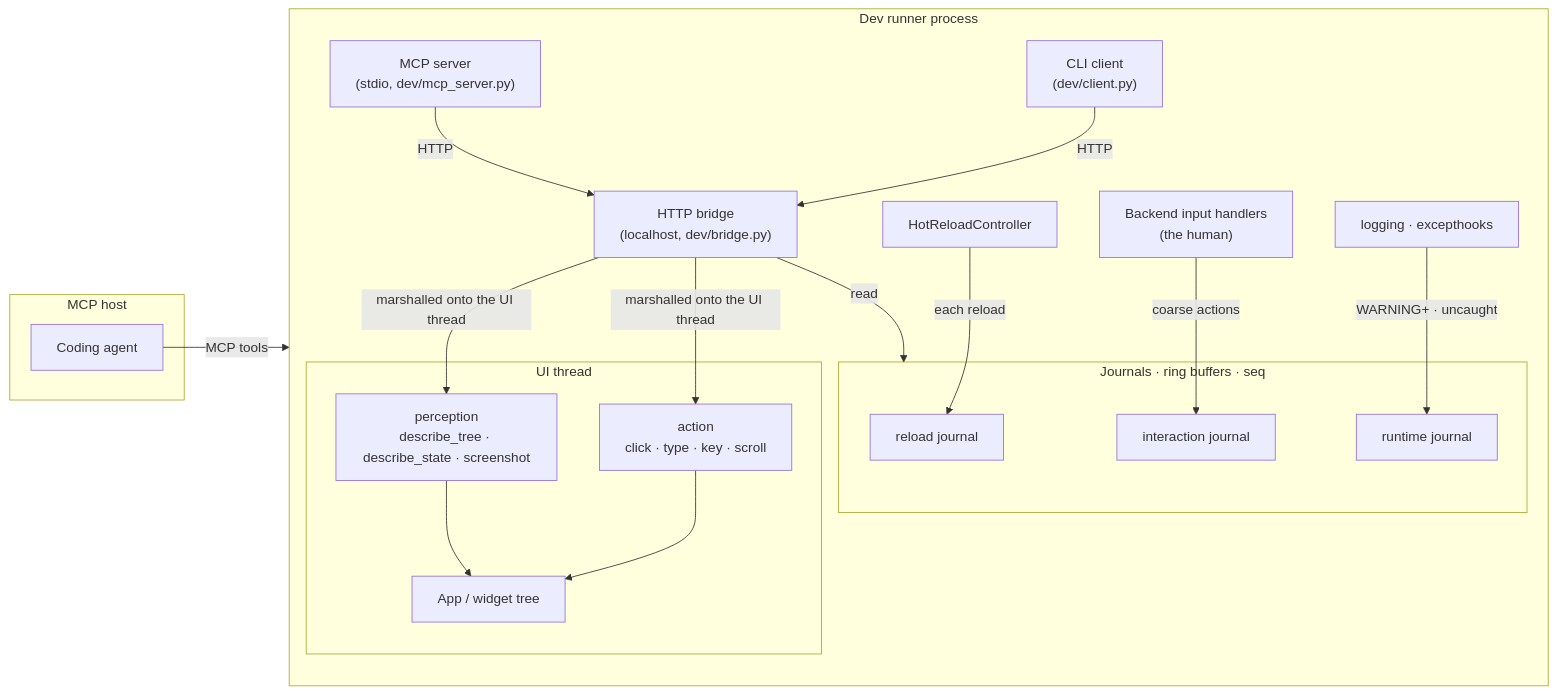
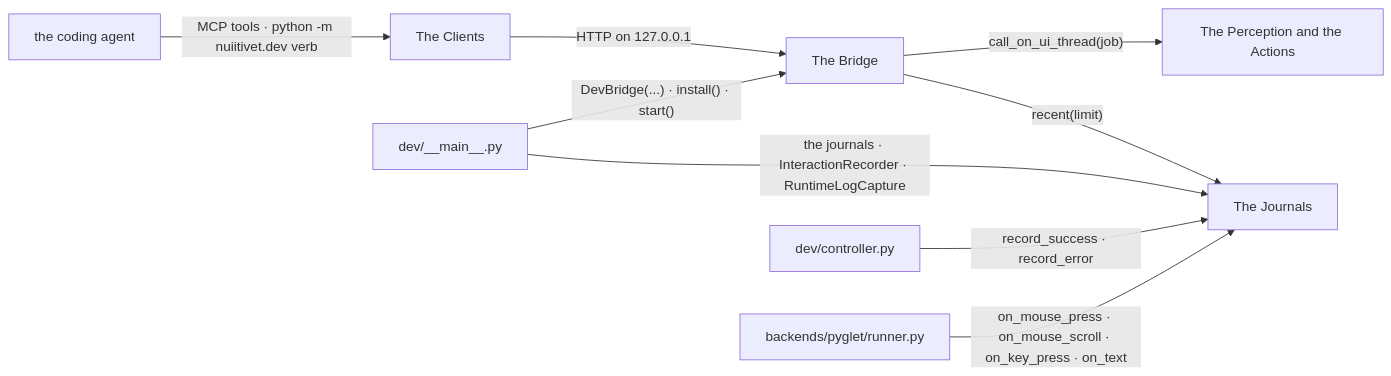
One commit to yuksblog/nuiitivet changed the first of 7 diagrams in docs/design/DEV_BRIDGE.md. Above: the diagram before and after it, drawn with Mermaid. The commit also changed other lines of this file and 35 other files, not shown here.

````diff
--- a/docs/design/DEV_BRIDGE.md
+++ b/docs/design/DEV_BRIDGE.md
@@ -15,36 +14,20 @@
 ```mermaid
 flowchart LR
-    subgraph host[MCP host]
-        agent[Coding agent]
-    end
-    subgraph devproc[Dev runner process]
-        direction TB
-        mcp["MCP server<br/>(stdio, dev/mcp_server.py)"]
-        cli["CLI client<br/>(dev/client.py)"]
-        bridge["HTTP bridge<br/>(localhost, dev/bridge.py)"]
-        subgraph ui[UI thread]
-            app[App / widget tree]
-            perception["perception<br/>describe_tree · describe_state · screenshot"]
-            action["action<br/>click · type · key · scroll"]
-        end
-        subgraph journals[Journals · ring buffers · seq]
-            rj[reload journal]
-            ij[interaction journal]
-            rtj[runtime journal]
-        end
-        controller["HotReloadController"]
-        input["Backend input handlers<br/>(the human)"]
-        logs["logging · excepthooks"]
-    end
-    agent -- "MCP tools" --> mcp
-    mcp -- HTTP --> bridge
-    cli -- HTTP --> bridge
-    bridge -- "marshalled onto the UI thread" --> perception
-    bridge -- "marshalled onto the UI thread" --> action
-    bridge -- read --> journals
-    perception --> app
-    action --> app
-    controller -- "each reload" --> rj
-    input -- "coarse actions" --> ij
-    logs -- "WARNING+ · uncaught" --> rtj
+    clients[The Clients]
+    bridge[The Bridge]
+    perception[The Perception and the Actions]
+    journals[The Journals]
+    runner[dev/__main__.py]
+    controller[dev/controller.py]
+    backend[backends/pyglet/runner.py]
+    agent[the coding agent]
+
+    agent -- "MCP tools · python -m nuiitivet.dev verb" --> clients
+    clients -- "HTTP on 127.0.0.1" --> bridge
+    bridge -- "call_on_ui_thread(job)" --> perception
+    bridge -- "recent(limit)" --> journals
+    runner -- "DevBridge(...) · install() · start()" --> bridge
+    runner -- "the journals · InteractionRecorder · RuntimeLogCapture" --> journals
+    controller -- "record_success · record_error" --> journals
+    backend -- "on_mouse_press · on_mouse_scroll · on_key_press · on_text" --> journals
 ```
````
